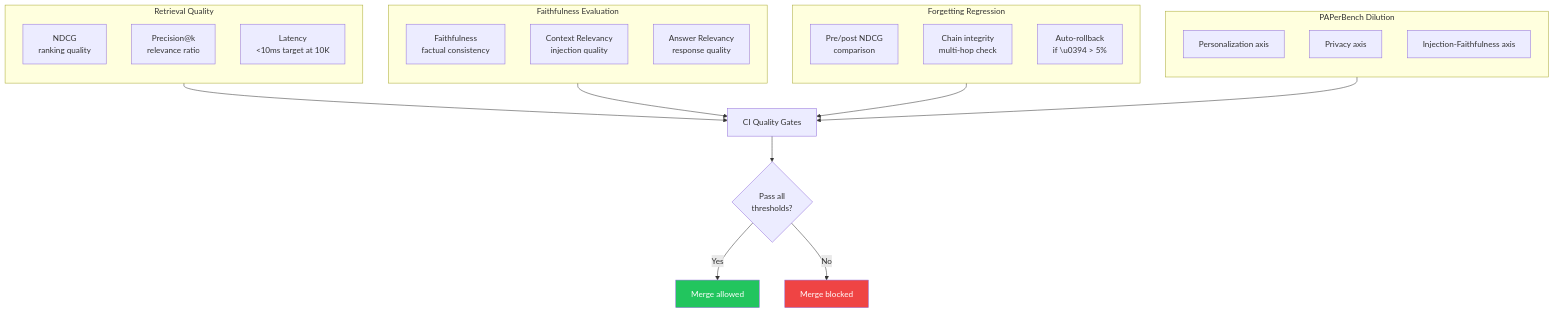
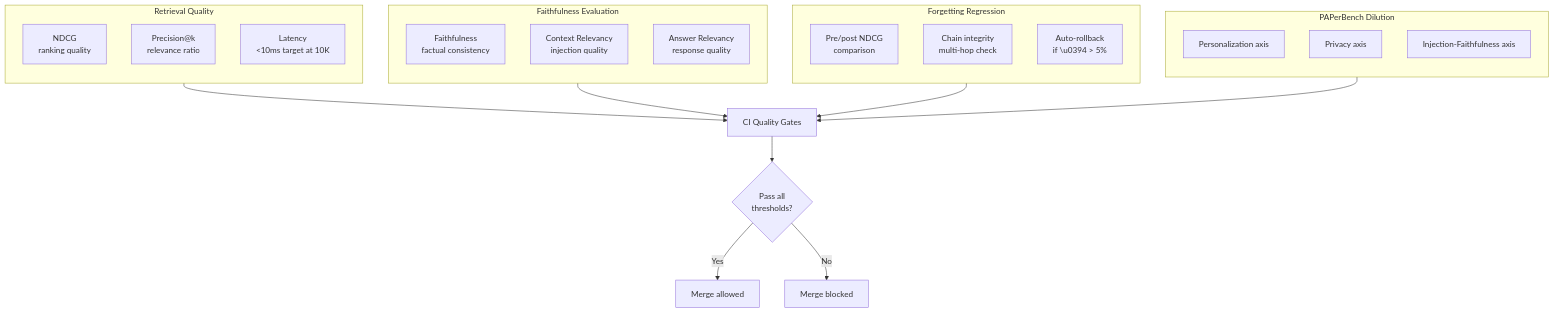
One commit to elisplash/paw changed diagram 16 of 18 in ENGRAM.md. Above: the diagram before and after it, drawn with Mermaid. The commit also changed other lines of this file, not shown here.

Commit message:
docs: add mermaid diagrams throughout ENGRAM.md for visual improvement

````diff
--- a/ENGRAM.md
+++ b/ENGRAM.md
@@ -1476,42 +1446,40 @@
 ```mermaid
 flowchart TD
     subgraph Retrieval["Retrieval Quality"]
         direction TB
         RQ1["NDCG\nranking quality"]
         RQ2["Precision@k\nrelevance ratio"]
         RQ3["Latency\n<10ms target at 10K"]
     end
 
     subgraph Faith["Faithfulness Evaluation"]
         direction TB
         FE1["Faithfulness\nfactual consistency"]
         FE2["Context Relevancy\ninjection quality"]
         FE3["Answer Relevancy\nresponse quality"]
     end
 
     subgraph Forget["Forgetting Regression"]
         direction TB
         FR1["Pre/post NDCG\ncomparison"]
         FR2["Chain integrity\nmulti-hop check"]
         FR3["Auto-rollback\nif \u0394 > 5%"]
     end
 
     subgraph Dilution["PAPerBench Dilution"]
         direction TB
         PA1["Personalization axis"]
         PA2["Privacy axis"]
         PA3["Injection-Faithfulness axis"]
     end
 
     Retrieval --> CI["CI Quality Gates"]
     Faith --> CI
     Forget --> CI
     Dilution --> CI
 
     CI --> MERGE{"Pass all\nthresholds?"}
     MERGE -- Yes --> ALLOW["Merge allowed"]
     MERGE -- No --> BLOCK["Merge blocked"]
 
-    style ALLOW fill:#22c55e,color:#fff
-    style BLOCK fill:#ef4444,color:#fff
 ```
````
